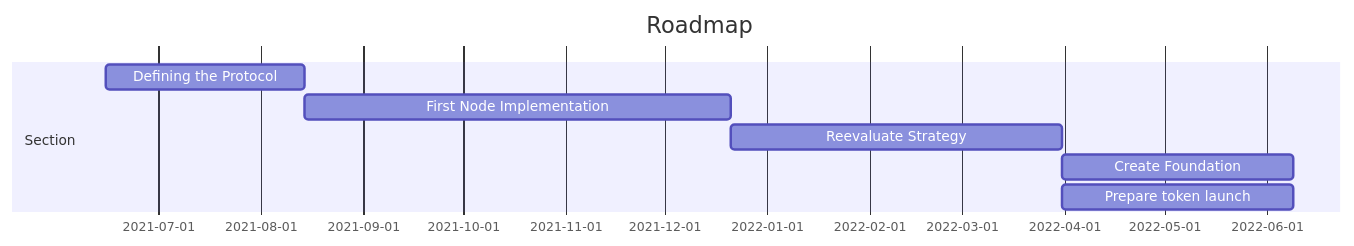
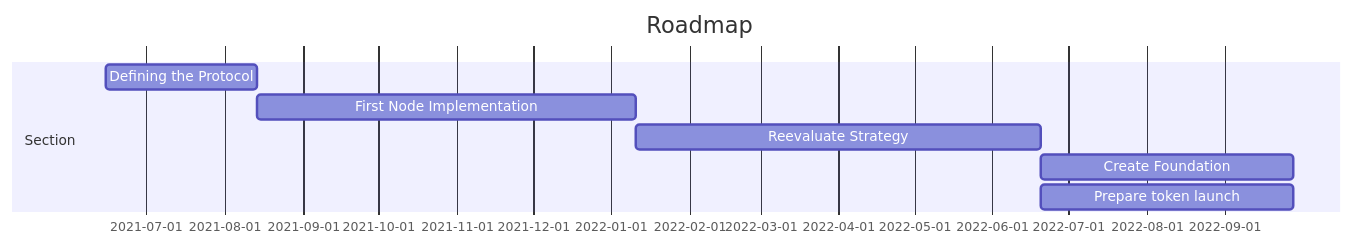
One commit to pognetwork/specification changed the diagram in specification/README.md. Above: the diagram before and after it, drawn with Mermaid. The commit also changed other lines of this file and 2 other files, not shown here.

````diff
--- a/specification/README.md
+++ b/specification/README.md
@@ -26,11 +16,11 @@
 ```mermaid
 gantt
     title Roadmap
     dateFormat  YYYY-MM-DD
     section Section
     Defining the Protocol   :a1, 2021-06-15, 60d
-    First Node Implementation    :a2, after a1, 129d
-    Reevaluate Strategy    :a3, after a2, 100d
-    Create Foundation    :after a3, 70d
-    Prepare token launch    :after a3, 70d
+    First Node Implementation    :a2, after a1, 150d
+    Reevaluate Strategy    :a3, after a2, 160d
+    Create Foundation    :after a3, 100d
+    Prepare token launch    :after a3, 100d
 ```
````
